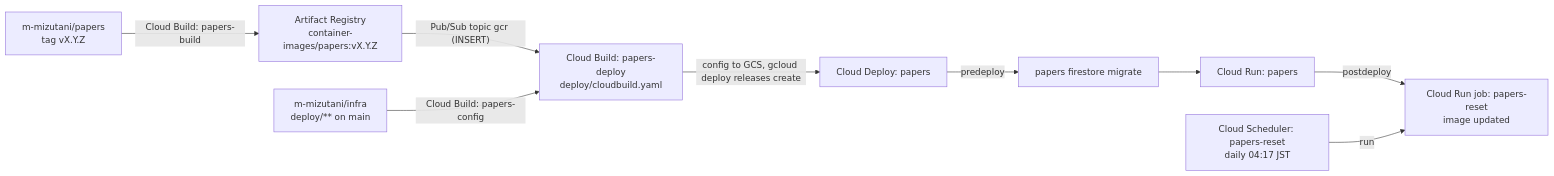
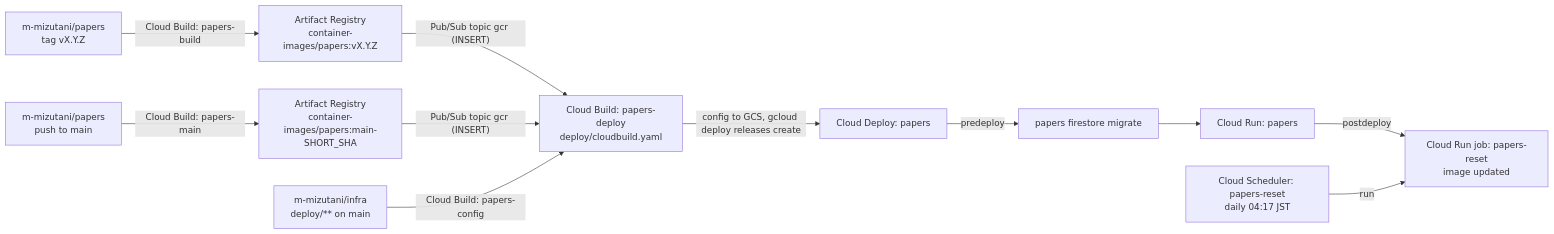
Before and after one commit to m-mizutani/infra: the diagram in google-cloud/mztn-papers/README.md, drawn with Mermaid. The commit also changed other lines of this file and 4 other files, not shown here.

First line of the commit message:
feat: build and deploy papers on every push to main

````diff
--- a/google-cloud/mztn-papers/README.md
+++ b/google-cloud/mztn-papers/README.md
@@ -9,11 +10,13 @@
 ```mermaid
 flowchart LR
   T["m-mizutani/papers<br/>tag vX.Y.Z"] -->|"Cloud Build: papers-build"| AR["Artifact Registry<br/>container-images/papers:vX.Y.Z"]
   AR -->|"Pub/Sub topic gcr (INSERT)"| D["Cloud Build: papers-deploy<br/>deploy/cloudbuild.yaml"]
+  M["m-mizutani/papers<br/>push to main"] -->|"Cloud Build: papers-main"| AR2["Artifact Registry<br/>container-images/papers:main-SHORT_SHA"]
+  AR2 -->|"Pub/Sub topic gcr (INSERT)"| D
   C["m-mizutani/infra<br/>deploy/** on main"] -->|"Cloud Build: papers-config"| D
   D -->|"config to GCS, gcloud deploy releases create"| CD["Cloud Deploy: papers"]
   CD -->|"predeploy"| FS["papers firestore migrate"]
   FS --> CR["Cloud Run: papers"]
   CR -->|"postdeploy"| RJ["Cloud Run job: papers-reset<br/>image updated"]
   SC["Cloud Scheduler: papers-reset<br/>daily 04:17 JST"] -->|"run"| RJ
 ```
````
